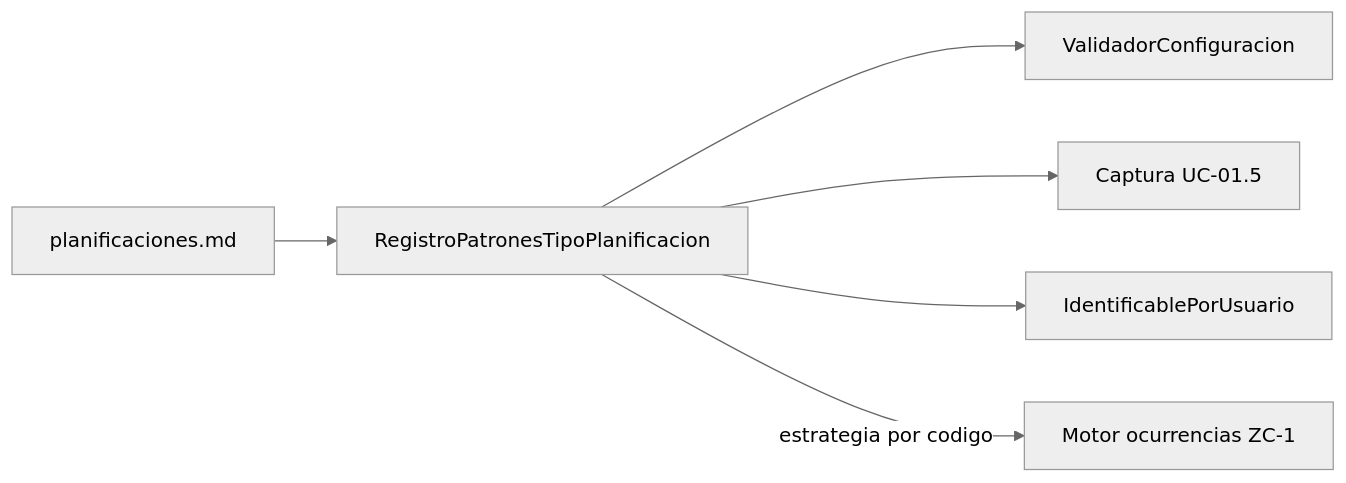
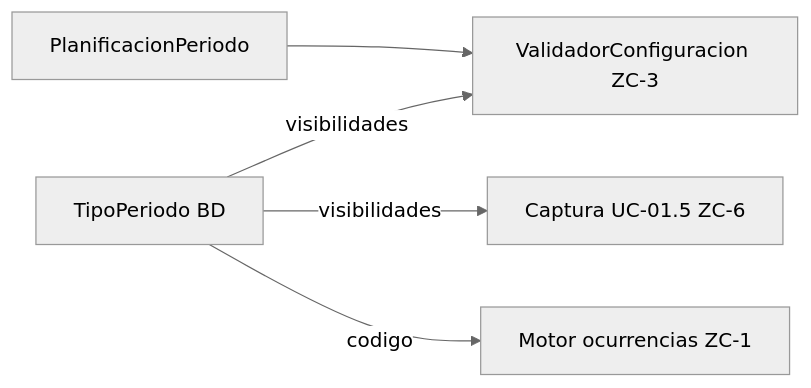
Before and after one commit to serpegon11710-byte/Planificacion_2.0: the diagram in docs/entidades/planificaciones.md, drawn with Mermaid (neutral theme). The commit also changed other lines of this file and 13 other files, not shown here.

First line of the commit message:
Resignificacion TipoPeriodo

````diff
--- a/docs/entidades/planificaciones.md
+++ b/docs/entidades/planificaciones.md
@@ -124,15 +133,13 @@
 ```mermaid
 flowchart LR
-  Doc["planificaciones.md"]
-  Reg["RegistroPatronesTipoPlanificacion"]
-  V["ValidadorConfiguracion"]
-  C["Captura UC-01.5"]
+  Cat["TipoPeriodo BD"]
+  Per["PlanificacionPeriodo"]
+  V["ValidadorConfiguracion ZC-3"]
+  C["Captura UC-01.5 ZC-6"]
   M["Motor ocurrencias ZC-1"]
-  Id["IdentificablePorUsuario"]
 
-  Doc --> Reg
-  Reg --> V
-  Reg --> C
-  Reg --> Id
-  Reg -->|estrategia por codigo| M
+  Cat -->|visibilidades| V
+  Cat -->|visibilidades| C
+  Per --> V
+  Cat -->|codigo| M
 ```
````
